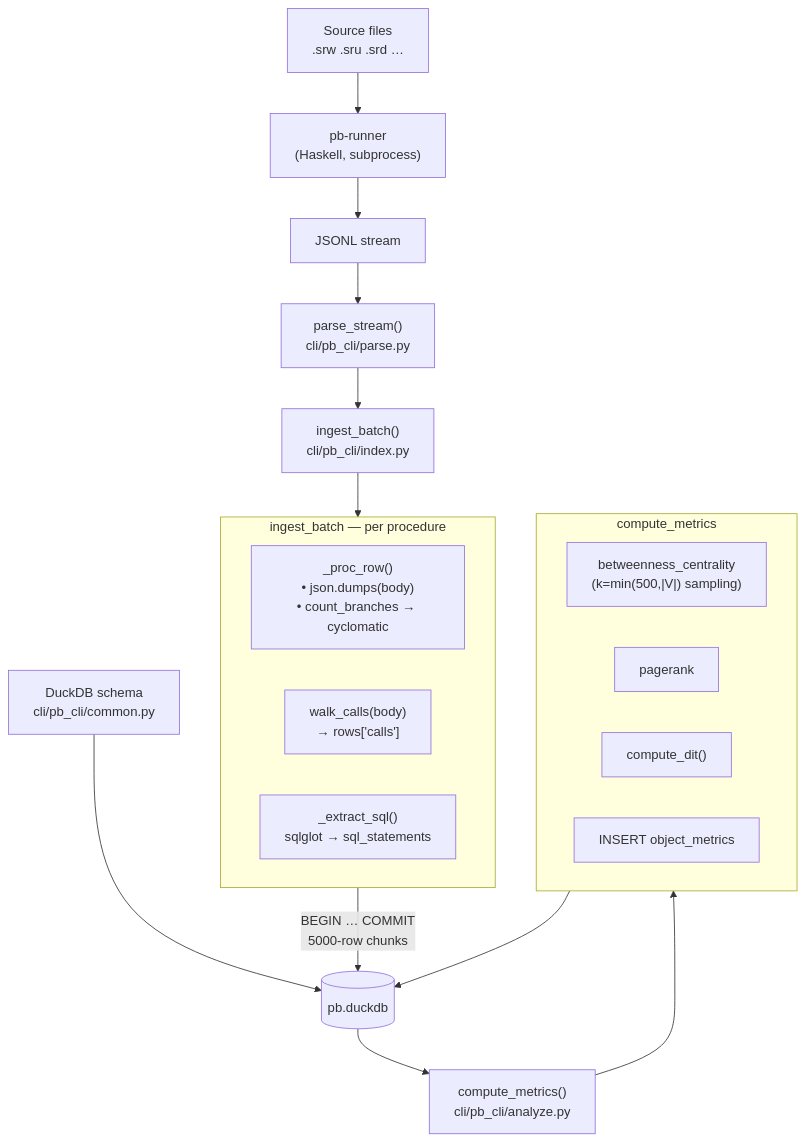
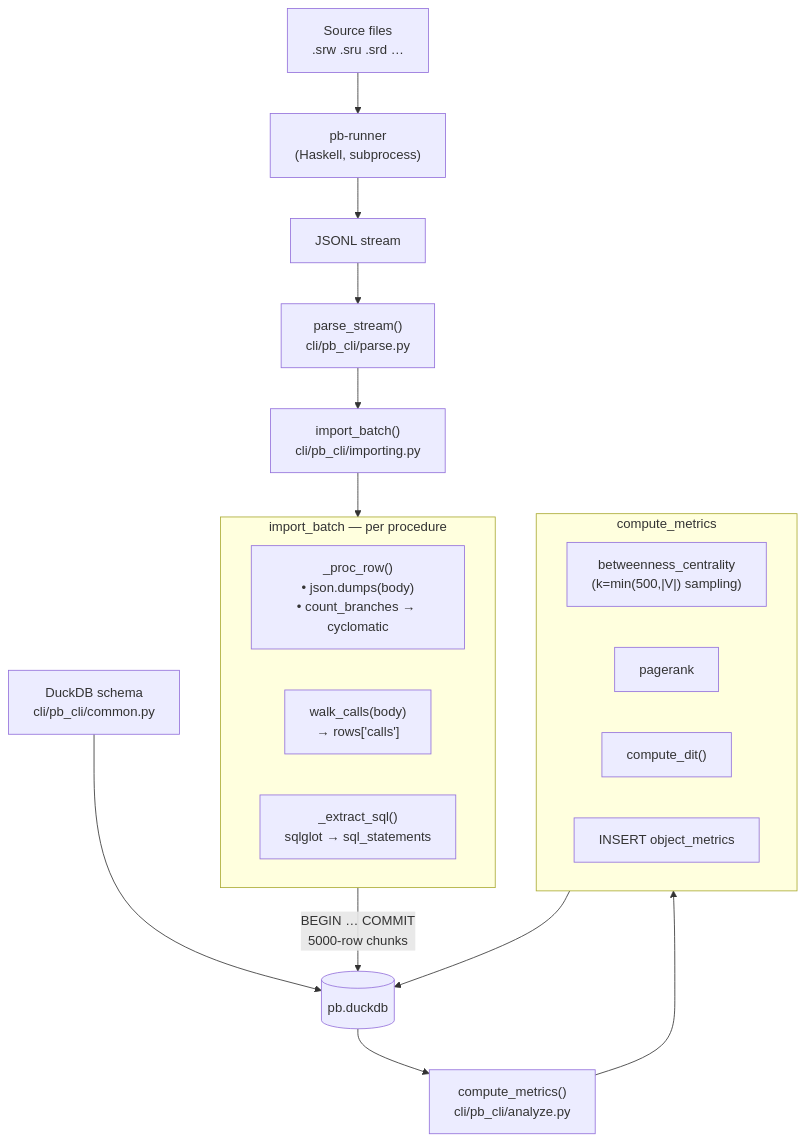
Before and after one commit to thomasmarsh/pb: the second of 3 diagrams in doc/architecture.md, drawn with Mermaid. The commit also changed other lines of this file and 17 other files, not shown here.

First line of the commit message:
refactor(cli)!: rename ingest→index, add pb explore <dir> shortcut

````diff
--- a/doc/architecture.md
+++ b/doc/architecture.md
@@ -171,31 +171,31 @@
 ```mermaid
 flowchart TD
     SRC["Source files\n.srw .sru .srd …"]
     RUNNER["pb-runner\n(Haskell, subprocess)"]
     JSONL["JSONL stream"]
     PARSE["parse_stream()\ncli/pb_cli/parse.py"]
-    INGEST["ingest_batch()\ncli/pb_cli/index.py"]
+    IMPORT["import_batch()\ncli/pb_cli/importing.py"]
     SCHEMA["DuckDB schema\ncli/pb_cli/common.py"]
 
-    subgraph INGEST_DETAIL["ingest_batch — per procedure"]
+    subgraph IMPORT_DETAIL["import_batch — per procedure"]
         PROC_ROW["_proc_row()\n• json.dumps(body)\n• count_branches → cyclomatic"]
         WALK["walk_calls(body)\n→ rows['calls']"]
         SQL_PARSE["_extract_sql()\nsqlglot → sql_statements"]
     end
 
     DB[("pb.duckdb")]
     METRICS["compute_metrics()\ncli/pb_cli/analyze.py"]
 
     subgraph METRICS_DETAIL["compute_metrics"]
         BC["betweenness_centrality\n(k=min(500,|V|) sampling)"]
         PR["pagerank"]
         DIT["compute_dit()"]
         INS["INSERT object_metrics"]
     end
 
-    SRC --> RUNNER --> JSONL --> PARSE --> INGEST
+    SRC --> RUNNER --> JSONL --> PARSE --> IMPORT
     SCHEMA --> DB
-    INGEST --> INGEST_DETAIL
-    INGEST_DETAIL -->|"BEGIN … COMMIT\n5000-row chunks"| DB
+    IMPORT --> IMPORT_DETAIL
+    IMPORT_DETAIL -->|"BEGIN … COMMIT\n5000-row chunks"| DB
     DB --> METRICS --> METRICS_DETAIL --> DB
 ```
````
